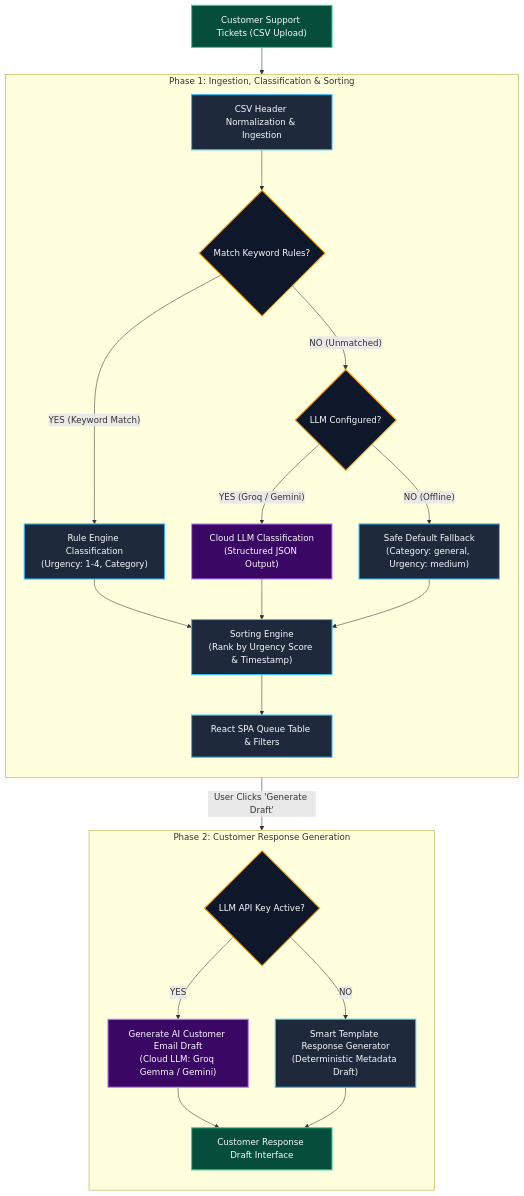
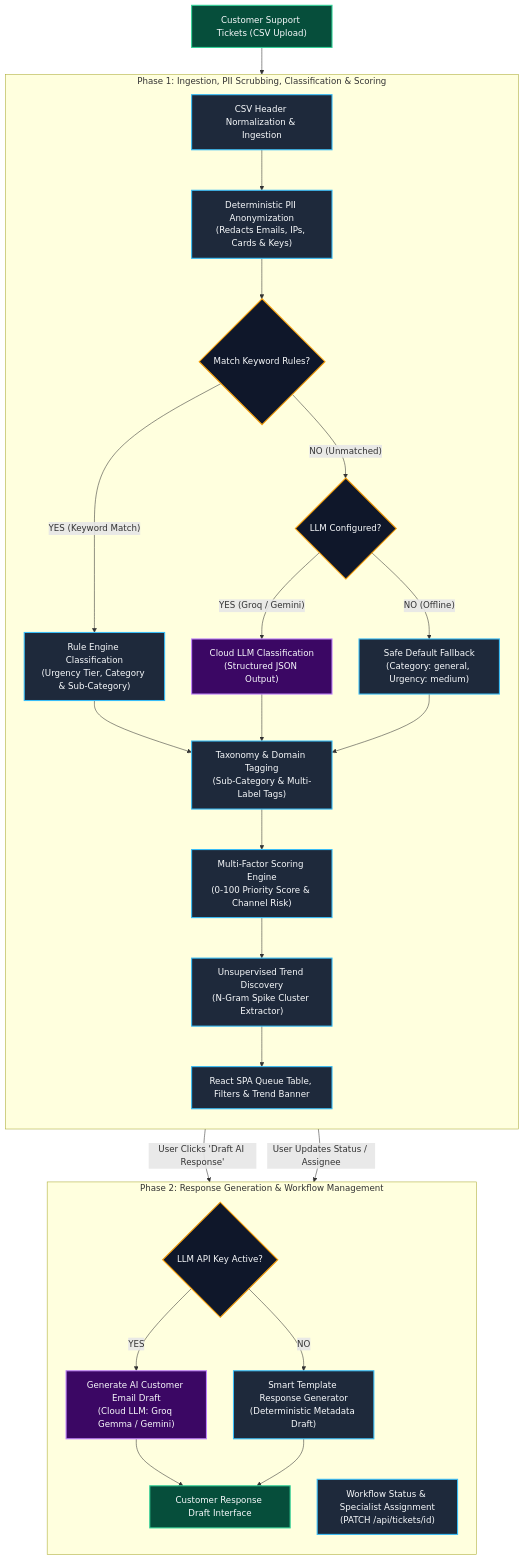
One commit to rhaeyyan/pursuit-techflow-triage-mvp changed the diagram in README.md. Above: the diagram before and after it, drawn with Mermaid.

Commit message:
docs: update Mermaid architecture flowchart to include PII scrubbing, 2-tier taxonomy, trend engine, and workflow PATCH updates

````diff
--- a/README.md
+++ b/README.md
@@ -103,42 +103,46 @@
 ```mermaid
 flowchart TD
     UserCSV["Customer Support Tickets (CSV Upload)"] --> CSVParser["CSV Header Normalization & Ingestion"]
 
-    subgraph Pipeline ["Phase 1: Ingestion, Classification & Sorting"]
+    subgraph Pipeline ["Phase 1: Ingestion, PII Scrubbing, Classification & Scoring"]
         direction TB
-        CSVParser --> RuleEngineCheck{"Match Keyword Rules?"}
+        CSVParser --> PIIScrubber["Deterministic PII Anonymization<br/>(Redacts Emails, IPs, Cards & Keys)"]
+        PIIScrubber --> RuleEngineCheck{"Match Keyword Rules?"}
         
-        RuleEngineCheck -- "YES (Keyword Match)" --> RuleResult["Rule Engine Classification<br/>(Urgency: 1-4, Category)"]
+        RuleEngineCheck -- "YES (Keyword Match)" --> RuleResult["Rule Engine Classification<br/>(Urgency Tier, Category & Sub-Category)"]
         RuleEngineCheck -- "NO (Unmatched)" --> CheckLLMConfig{"LLM Configured?"}
         
         CheckLLMConfig -- "YES (Groq / Gemini)" --> LLMClassify["Cloud LLM Classification<br/>(Structured JSON Output)"]
         CheckLLMConfig -- "NO (Offline)" --> DefaultFallback["Safe Default Fallback<br/>(Category: general, Urgency: medium)"]
         
-        RuleResult --> PrioritySort["Sorting Engine<br/>(Rank by Urgency Score & Timestamp)"]
-        LLMClassify --> PrioritySort
-        DefaultFallback --> PrioritySort
-        
-        PrioritySort --> RenderUI["React SPA Queue Table & Filters"]
+        RuleResult --> MultiTagging["Taxonomy & Domain Tagging<br/>(Sub-Category & Multi-Label Tags)"]
+        LLMClassify --> MultiTagging
+        DefaultFallback --> MultiTagging
+
+        MultiTagging --> PrioritySort["Multi-Factor Scoring Engine<br/>(0-100 Priority Score & Channel Risk)"]
+        PrioritySort --> TrendEngine["Unsupervised Trend Discovery<br/>(N-Gram Spike Cluster Extractor)"]
+        TrendEngine --> RenderUI["React SPA Queue Table, Filters & Trend Banner"]
     end
 
-    subgraph Drafting ["Phase 2: Customer Response Generation"]
+    subgraph Workflow ["Phase 2: Response Generation & Workflow Management"]
         direction TB
-        RenderUI -- "User Clicks 'Generate Draft'" --> CheckDraftLLM{"LLM API Key Active?"}
+        RenderUI -- "User Clicks 'Draft AI Response'" --> CheckDraftLLM{"LLM API Key Active?"}
+        RenderUI -- "User Updates Status / Assignee" --> PatchUpdate["Workflow Status & Specialist Assignment<br/>(PATCH /api/tickets/id)"]
         
         CheckDraftLLM -- "YES" --> LLMResponseGen["Generate AI Customer Email Draft<br/>(Cloud LLM: Groq Gemma / Gemini)"]
         CheckDraftLLM -- "NO" --> TemplateDraft["Smart Template Response Generator<br/>(Deterministic Metadata Draft)"]
         
         LLMResponseGen --> DisplayDraft["Customer Response Draft Interface"]
         TemplateDraft --> DisplayDraft
     end
 
     class UserCSV,DisplayDraft inputOutput;
-    class CSVParser,RuleResult,DefaultFallback,PrioritySort,RenderUI,TemplateDraft deterministic;
+    class CSVParser,PIIScrubber,RuleResult,MultiTagging,DefaultFallback,PrioritySort,TrendEngine,RenderUI,TemplateDraft,PatchUpdate deterministic;
     class LLMClassify,LLMResponseGen aiDomain;
-    class RuleEngineCheck,CheckLLMConfig,CheckDraftLLM decision;
+    class RuleEngineCheck,CheckDraftLLM,CheckLLMConfig decision;
 
     classDef deterministic fill:#1e293b,stroke:#38bdf8,stroke-width:2px,color:#f8fafc;
     classDef aiDomain fill:#3b0764,stroke:#c084fc,stroke-width:2px,color:#f8fafc;
     classDef decision fill:#0f172a,stroke:#f59e0b,stroke-width:2px,color:#f8fafc;
     classDef inputOutput fill:#064e3b,stroke:#34d399,stroke-width:2px,color:#f8fafc;
 ```
````
